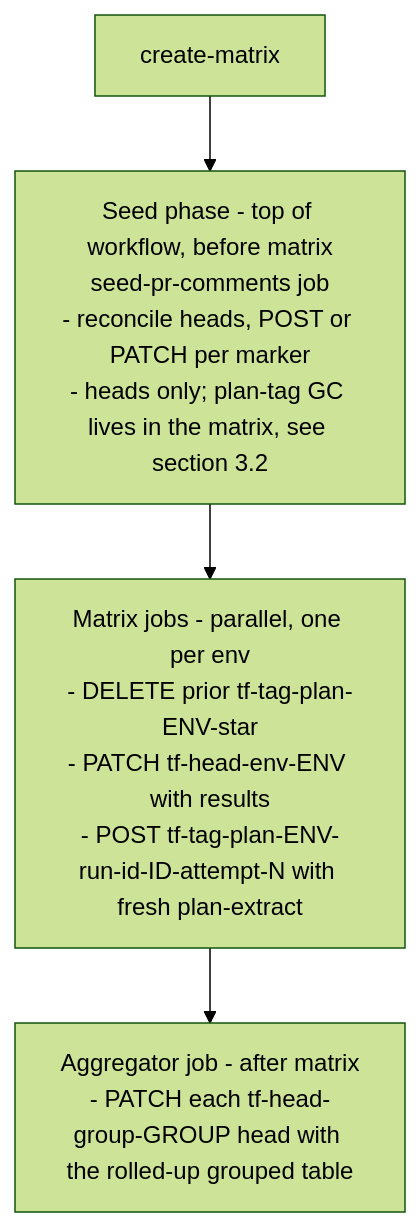
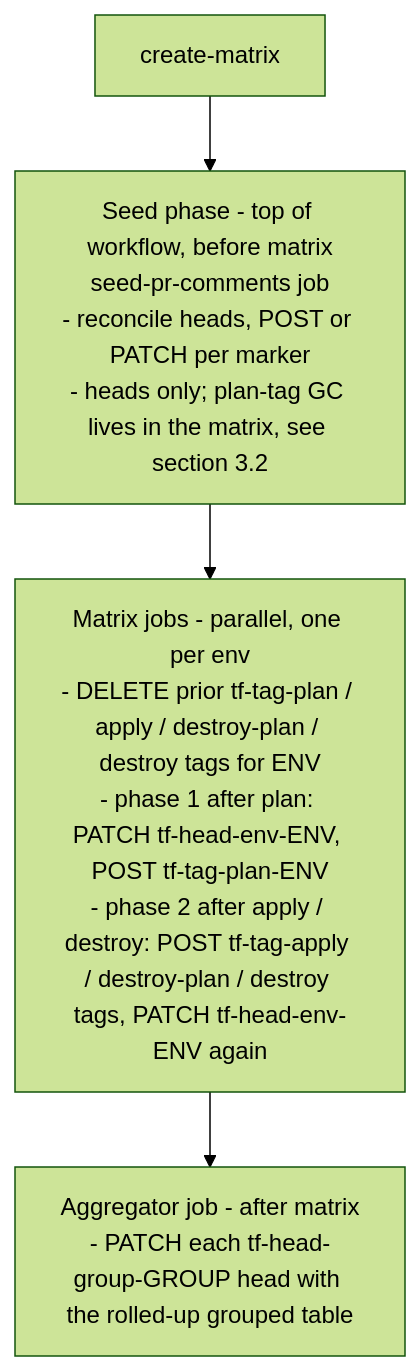
One commit to dsb-norge/github-actions-terraform changed the first of 2 diagrams in docs/Workflow-pr-comments.md. Above: the diagram before and after it, drawn with Mermaid (forest theme). The commit also changed other lines of this file and 5 other files, not shown here.

````diff
--- a/docs/Workflow-pr-comments.md
+++ b/docs/Workflow-pr-comments.md
@@ -35,9 +44,9 @@
 ```mermaid
 flowchart TD
     cm["create-matrix"]
     seed["Seed phase - top of workflow, before matrix<br>seed-pr-comments job<br>- reconcile heads, POST or PATCH per marker<br>- heads only; plan-tag GC lives in the matrix, see section 3.2"]
-    matrix["Matrix jobs - parallel, one per env<br>- DELETE prior tf-tag-plan-ENV-star<br>- PATCH tf-head-env-ENV with results<br>- POST tf-tag-plan-ENV-run-id-ID-attempt-N with fresh plan-extract"]
+    matrix["Matrix jobs - parallel, one per env<br>- DELETE prior tf-tag-plan / apply / destroy-plan / destroy tags for ENV<br>- phase 1 after plan: PATCH tf-head-env-ENV, POST tf-tag-plan-ENV<br>- phase 2 after apply / destroy: POST tf-tag-apply / destroy-plan / destroy tags, PATCH tf-head-env-ENV again"]
     agg["Aggregator job - after matrix<br>- PATCH each tf-head-group-GROUP head with the rolled-up grouped table"]
 
     cm --> seed --> matrix --> agg
 ```
````
